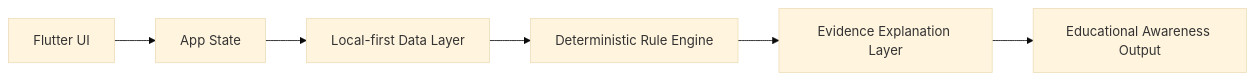
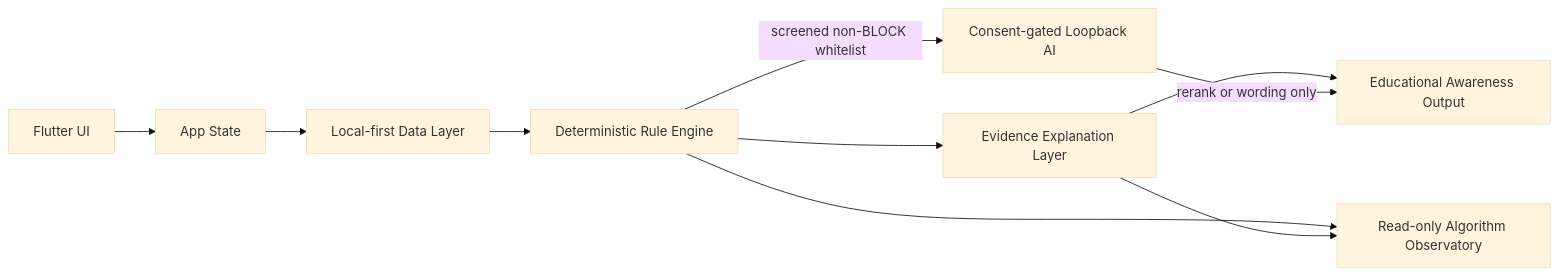
Before and after one commit to albertzhzhou-droid/ParkinSUM: the diagram in README.md, drawn with Mermaid (base theme). The commit also changed other lines of this file and 23 other files, not shown here.

````diff
--- a/README.md
+++ b/README.md
@@ -325,15 +373,21 @@
 ```mermaid
 flowchart LR
   UI["Flutter UI"]
   State["App State"]
   Data["Local-first Data Layer"]
   Rules["Deterministic Rule Engine"]
   Evidence["Evidence Explanation Layer"]
+  Observatory["Read-only Algorithm Observatory"]
+  AI["Consent-gated Loopback AI"]
   Output["Educational Awareness Output"]
 
   UI --> State
   State --> Data
   Data --> Rules
   Rules --> Evidence
   Evidence --> Output
+  Rules --> Observatory
+  Evidence --> Observatory
+  Rules -->|"screened non-BLOCK whitelist"| AI
+  AI -->|"rerank or wording only"| Output
 ```
````
